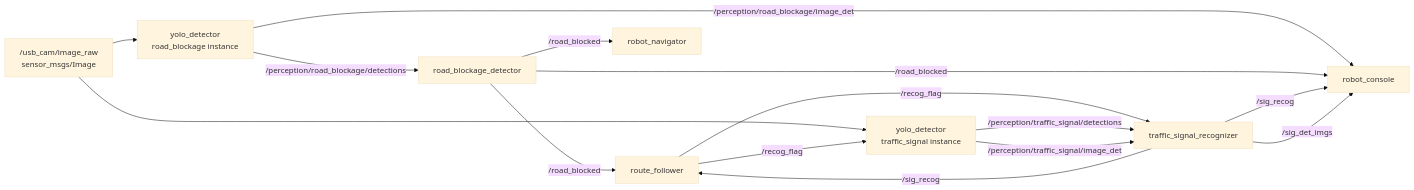
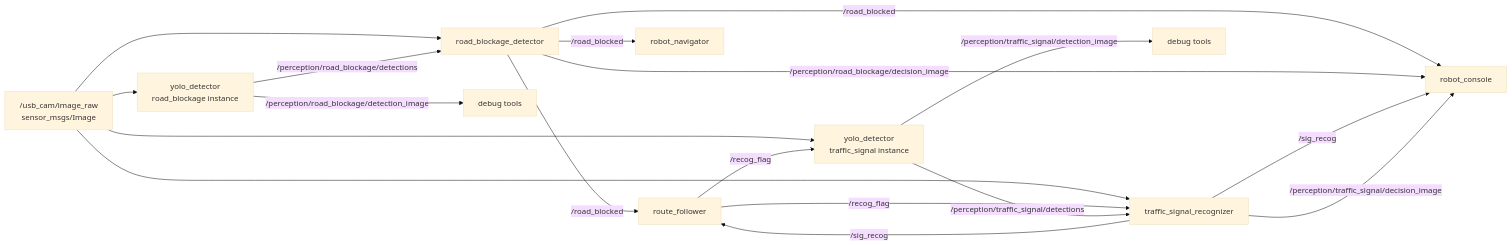
One commit to kazoga/tc2026 changed the fourth of 6 diagrams in docs/次期システム_アーキテクチャ検討レポート.md. Above: the diagram before and after it, drawn with Mermaid (base theme). The commit also changed other lines of this file and 24 other files, not shown here.

Commit message:
feat: add perception decision images

````diff
--- a/docs/次期システム_アーキテクチャ検討レポート.md
+++ b/docs/次期システム_アーキテクチャ検討レポート.md
@@ -411,28 +414,33 @@
 ```mermaid
 flowchart LR
   CAM["/usb_cam/image_raw<br/>sensor_msgs/Image"]
   YOLO_RB["yolo_detector<br/>road_blockage instance"]
   YOLO_SIG["yolo_detector<br/>traffic_signal instance"]
   ROAD["road_blockage_detector"]
   SIGNAL["traffic_signal_recognizer"]
   FOLLOWER["route_follower"]
   NAV["robot_navigator"]
   GUI["robot_console"]
+  DBG_RB["debug tools"]
+  DBG_SIG["debug tools"]
 
   CAM --> YOLO_RB
   CAM --> YOLO_SIG
+  CAM --> ROAD
+  CAM --> SIGNAL
 
   YOLO_RB -- "/perception/road_blockage/detections" --> ROAD
-  YOLO_RB -- "/perception/road_blockage/image_det" --> GUI
+  YOLO_RB -- "/perception/road_blockage/detection_image" --> DBG_RB
   ROAD -- "/road_blocked" --> NAV
   ROAD -- "/road_blocked" --> FOLLOWER
   ROAD -- "/road_blocked" --> GUI
+  ROAD -- "/perception/road_blockage/decision_image" --> GUI
 
   FOLLOWER -- "/recog_flag" --> YOLO_SIG
   FOLLOWER -- "/recog_flag" --> SIGNAL
   YOLO_SIG -- "/perception/traffic_signal/detections" --> SIGNAL
-  YOLO_SIG -- "/perception/traffic_signal/image_det" --> SIGNAL
+  YOLO_SIG -- "/perception/traffic_signal/detection_image" --> DBG_SIG
   SIGNAL -- "/sig_recog" --> FOLLOWER
   SIGNAL -- "/sig_recog" --> GUI
-  SIGNAL -- "/sig_det_imgs" --> GUI
+  SIGNAL -- "/perception/traffic_signal/decision_image" --> GUI
 ```
````
